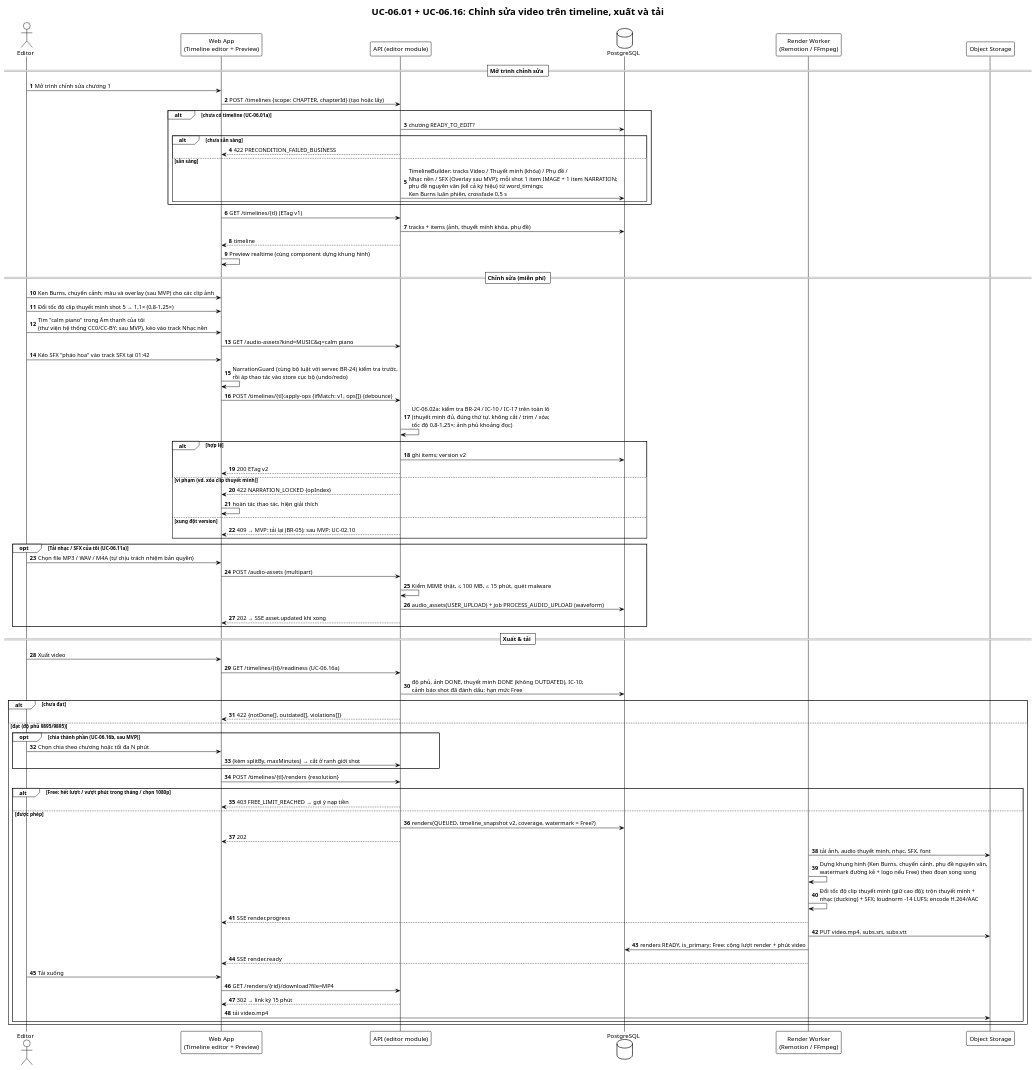
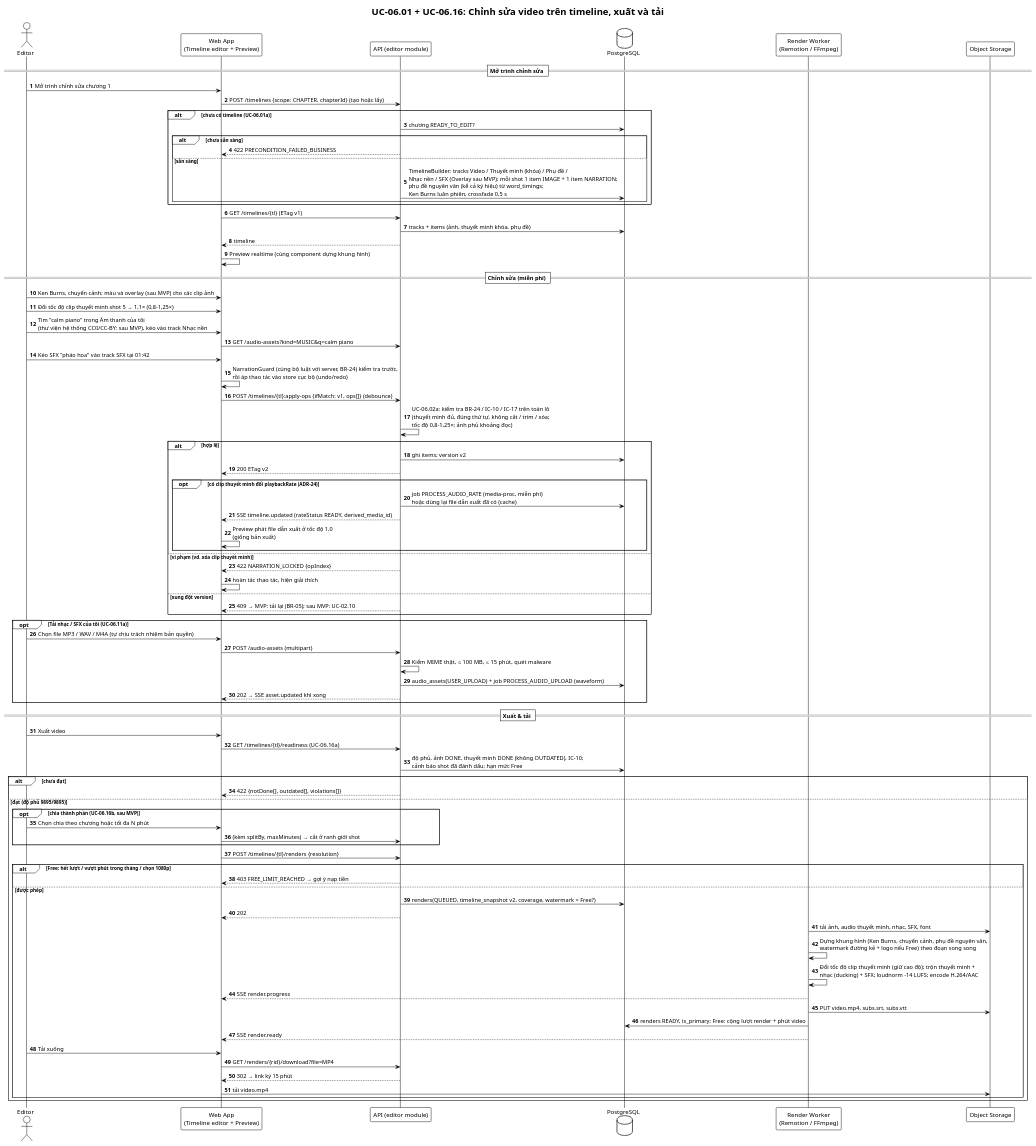
Before and after one commit to 202416852-anhpv/story2video-docs: the diagram in demo-c2story/so-do/04-tuan-tu/seq-chinh-sua-xuat-video.puml, drawn with PlantUML. The commit also changed 25 other files, not shown here.

```diff
--- a/demo-c2story/so-do/04-tuan-tu/seq-chinh-sua-xuat-video.puml
+++ b/demo-c2story/so-do/04-tuan-tu/seq-chinh-sua-xuat-video.puml
@@ -1,86 +1,91 @@
 @startuml Seq_ChinhSuaXuatVideo
 !theme plain
 skinparam defaultFontName "Segoe UI"
 skinparam sequenceMessageAlign left
 autonumber
 title UC-06.01 + UC-06.16: Chỉnh sửa video trên timeline, xuất và tải
 actor Editor
 participant "Web App\n(Timeline editor + Preview)" as Web
 participant "API (editor module)" as API
 database PostgreSQL as DB
 participant "Render Worker\n(Remotion / FFmpeg)" as R
 participant "Object Storage" as S3
 
 == Mở trình chỉnh sửa ==
 Editor -> Web : Mở trình chỉnh sửa chương 1
 Web -> API : POST /timelines {scope: CHAPTER, chapterId} (tạo hoặc lấy)
 alt chưa có timeline (UC-06.01a)
     API -> DB : chương READY_TO_EDIT?
     alt chưa sẵn sàng
         API --> Web : 422 PRECONDITION_FAILED_BUSINESS
     else sẵn sàng
         API -> DB : TimelineBuilder: tracks Video / Thuyết minh (khóa) / Phụ đề /\nNhạc nền / SFX (Overlay sau MVP); mỗi shot 1 item IMAGE + 1 item NARRATION;\nphụ đề nguyên văn (kể cả ký hiệu) từ word_timings;\nKen Burns luân phiên, crossfade 0,5 s
     end
 end
 Web -> API : GET /timelines/{tl} (ETag v1)
 API -> DB : tracks + items (ảnh, thuyết minh khóa, phụ đề)
 API --> Web : timeline
 Web -> Web : Preview realtime (cùng component dựng khung hình)
 
 == Chỉnh sửa (miễn phí) ==
 Editor -> Web : Ken Burns, chuyển cảnh; màu và overlay (sau MVP) cho các clip ảnh
 Editor -> Web : Đổi tốc độ clip thuyết minh shot 5 → 1,1× (0,8–1,25×)
 Editor -> Web : Tìm "calm piano" trong Âm thanh của tôi\n(thư viện hệ thống CC0/CC-BY: sau MVP), kéo vào track Nhạc nền
 Web -> API : GET /audio-assets?kind=MUSIC&q=calm piano
 Editor -> Web : Kéo SFX "pháo hoa" vào track SFX tại 01:42
 Web -> Web : NarrationGuard (cùng bộ luật với server, BR-24) kiểm tra trước,\nrồi áp thao tác vào store cục bộ (undo/redo)
 Web -> API : POST /timelines/{tl}:apply-ops {ifMatch: v1, ops[]} (debounce)
 API -> API : UC-06.02a: kiểm tra BR-24 / IC-10 / IC-17 trên toàn lô\n(thuyết minh đủ, đúng thứ tự, không cắt / trim / xóa;\ntốc độ 0,8–1,25×; ảnh phủ khoảng đọc)
 alt hợp lệ
     API -> DB : ghi items; version v2
     API --> Web : 200 ETag v2
+    opt có clip thuyết minh đổi playbackRate (ADR-24)
+        API -> DB : job PROCESS_AUDIO_RATE (media-proc, miễn phí)\nhoặc dùng lại file dẫn xuất đã có (cache)
+        API --> Web : SSE timeline.updated (rateStatus READY, derived_media_id)
+        Web -> Web : Preview phát file dẫn xuất ở tốc độ 1,0\n(giống bản xuất)
+    end
 else vi phạm (vd. xóa clip thuyết minh)
     API --> Web : 422 NARRATION_LOCKED {opIndex}
     Web -> Web : hoàn tác thao tác, hiện giải thích
 else xung đột version
     API --> Web : 409 → MVP: tải lại (BR-05); sau MVP: UC-02.10
 end
 opt Tải nhạc / SFX của tôi (UC-06.11a)
     Editor -> Web : Chọn file MP3 / WAV / M4A (tự chịu trách nhiệm bản quyền)
     Web -> API : POST /audio-assets (multipart)
     API -> API : Kiểm MIME thật, ≤ 100 MB, ≤ 15 phút, quét malware
     API -> DB : audio_assets(USER_UPLOAD) + job PROCESS_AUDIO_UPLOAD (waveform)
     API --> Web : 202 → SSE asset.updated khi xong
 end
 
 == Xuất & tải ==
 Editor -> Web : Xuất video
 Web -> API : GET /timelines/{tl}/readiness (UC-06.16a)
 API -> DB : độ phủ, ảnh DONE, thuyết minh DONE (không OUTDATED), IC-10;\ncảnh báo shot đã đánh dấu; hạn mức Free
 alt chưa đạt
     API --> Web : 422 {notDone[], outdated[], violations[]}
 else đạt (độ phủ 9895/9895)
     opt chia thành phần (UC-06.16b, sau MVP)
         Editor -> Web : Chọn chia theo chương hoặc tối đa N phút
         Web -> API : (kèm splitBy, maxMinutes) → cắt ở ranh giới shot
     end
     Web -> API : POST /timelines/{tl}/renders {resolution}
     alt Free: hết lượt / vượt phút trong tháng / chọn 1080p
         API --> Web : 403 FREE_LIMIT_REACHED → gợi ý nạp tiền
     else được phép
         API -> DB : renders(QUEUED, timeline_snapshot v2, coverage, watermark = Free?)
         API --> Web : 202
         R -> S3 : tải ảnh, audio thuyết minh, nhạc, SFX, font
         R -> R : Dựng khung hình (Ken Burns, chuyển cảnh, phụ đề nguyên văn,\nwatermark đường kẻ + logo nếu Free) theo đoạn song song
         R -> R : Đổi tốc độ clip thuyết minh (giữ cao độ); trộn thuyết minh +\nnhạc (ducking) + SFX; loudnorm -14 LUFS; encode H.264/AAC
         R --> Web : SSE render.progress
         R -> S3 : PUT video.mp4, subs.srt, subs.vtt
         R -> DB : renders READY, is_primary; Free: cộng lượt render + phút video
         R --> Web : SSE render.ready
         Editor -> Web : Tải xuống
         Web -> API : GET /renders/{rid}/download?file=MP4
         API --> Web : 302 → link ký 15 phút
         Web -> S3 : tải video.mp4
     end
 end
 @enduml
```
